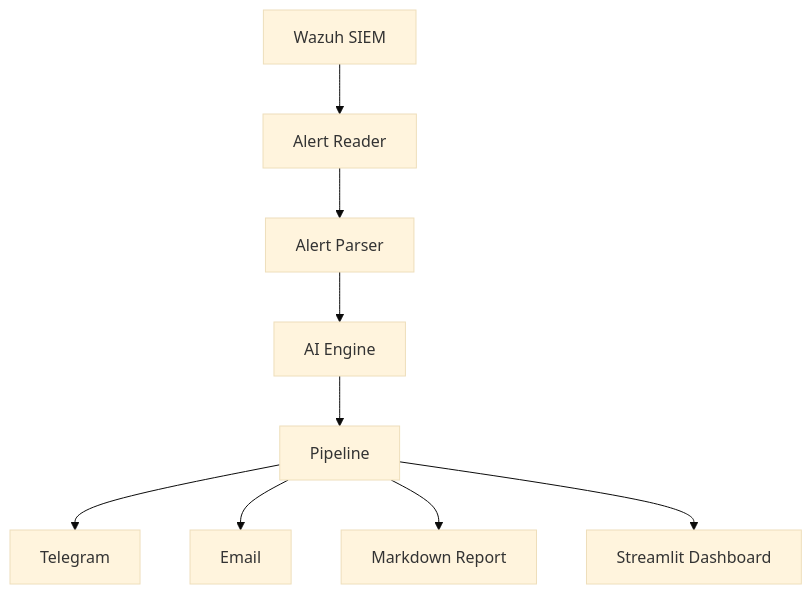
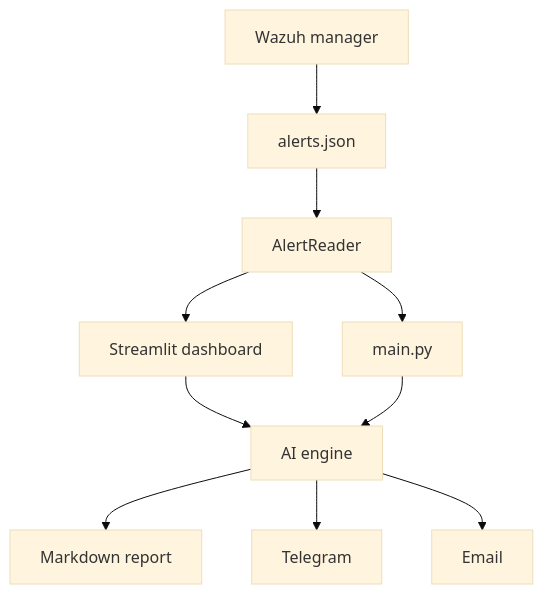
The diagram in README.md (mags-mags-soc/ai-soc-assistant), drawn with Mermaid (base theme) before and after one commit. The commit also changed other lines of this file, not shown here.

Commit message:
docs: final README consistency pass
Removed a list of four planned SIEM integrations that were never on the
roadmap; multi-SIEM support is one line there, and the point worth making is
that ingestion sits behind a protocol.

The architecture diagram showed the dashboard as an output of the pipeline. It
reads from AlertReader directly - both it and main.py are consumers of the same
source. Also fixed the clone URL placeholder and dropped a leftover claim about
simulating enterprise SOC operations.

````diff
--- a/README.md
+++ b/README.md
@@ -56,21 +52,13 @@
 ```mermaid
 flowchart TD
 
-A[Wazuh SIEM]
-
-A --> B[Alert Reader]
-
-B --> C[Alert Parser]
-
-C --> D[AI Engine]
-
-D --> E[Pipeline]
-
-E --> F[Telegram]
-
-E --> G[Email]
-
-E --> H[Markdown Report]
-
-E --> I[Streamlit Dashboard]
+A[Wazuh manager] --> B[alerts.json]
+B --> C[AlertReader]
+C --> D[Streamlit dashboard]
+C --> E[main.py]
+D --> F[AI engine]
+E --> F
+F --> G[Markdown report]
+F --> H[Telegram]
+F --> I[Email]
 ```
````
